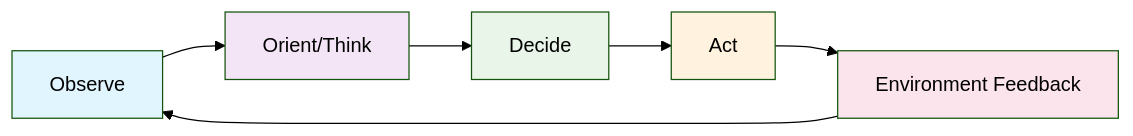
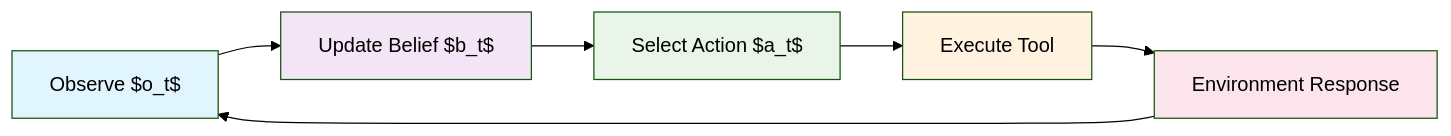
The first of 8 diagrams in talk.md (mldangelo/eairg-coding-agent-talk), drawn with Mermaid (forest theme) before and after one commit. The commit also changed other lines of this file, not shown here.

````diff
--- a/talk.md
+++ b/talk.md
@@ -93,14 +113,14 @@
 ```mermaid
 graph LR
-    A[Observe] --> B[Orient/Think]
-    B --> C[Decide]
-    C --> D[Act]
-    D --> E[Environment Feedback]
+    A[Observe $o_t$] --> B[Update Belief $b_t$]
+    B --> C[Select Action $a_t$]
+    C --> D[Execute Tool]
+    D --> E[Environment Response]
     E --> A
 
     style A fill:#e1f5fe
     style B fill:#f3e5f5
     style C fill:#e8f5e8
     style D fill:#fff3e0
     style E fill:#fce4ec
 ```
````
